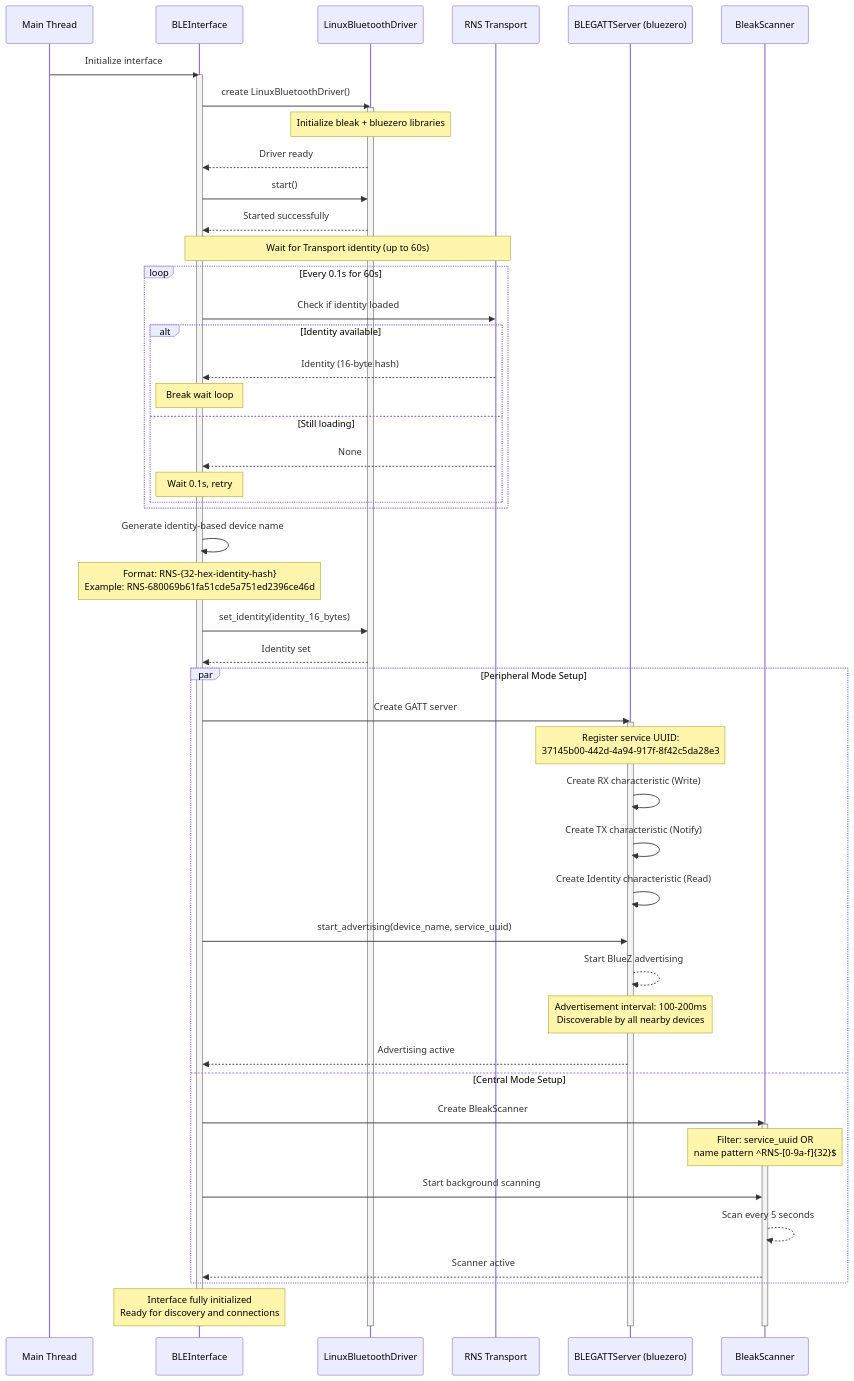
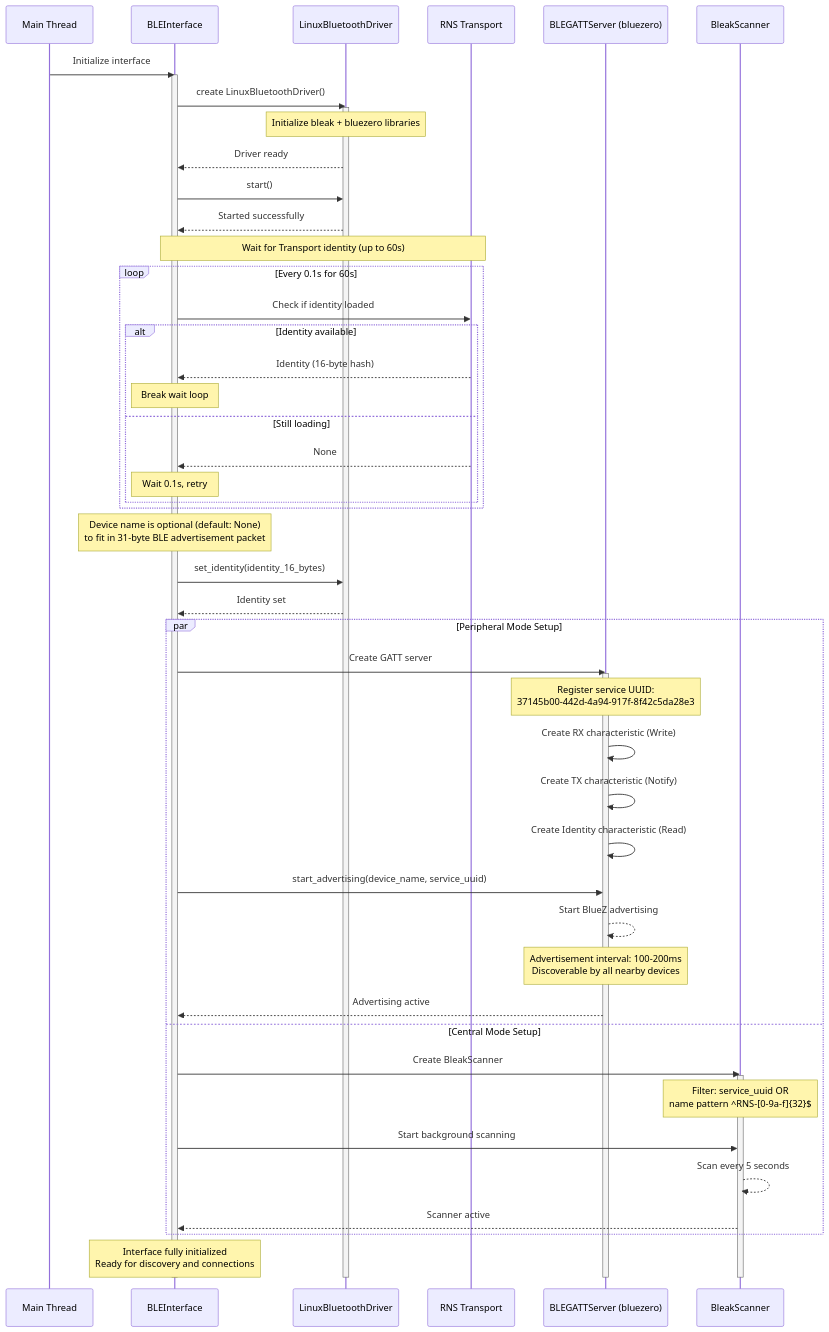
One commit to torlando-tech/ble-reticulum changed the first of 5 diagrams in BLE_PROTOCOL_v2.2.md. Above: the diagram before and after it, drawn with Mermaid. The commit also changed other lines of this file and 4 other files, not shown here.

First line of the commit message:
fix(ble): Remove device name from advertisements to fix packet size limit

````diff
--- a/BLE_PROTOCOL_v2.2.md
+++ b/BLE_PROTOCOL_v2.2.md
@@ -1352,69 +1341,68 @@
 ```mermaid
 sequenceDiagram
     participant Main as Main Thread
     participant BLE as BLEInterface
     participant Driver as LinuxBluetoothDriver
     participant Transport as RNS Transport
     participant GATT as BLEGATTServer (bluezero)
     participant Scanner as BleakScanner
 
     Main->>BLE: Initialize interface
     activate BLE
     BLE->>Driver: create LinuxBluetoothDriver()
     activate Driver
 
     Note over Driver: Initialize bleak + bluezero libraries
     Driver-->>BLE: Driver ready
 
     BLE->>Driver: start()
     Driver-->>BLE: Started successfully
 
     Note over BLE,Transport: Wait for Transport identity (up to 60s)
 
     loop Every 0.1s for 60s
         BLE->>Transport: Check if identity loaded
         alt Identity available
             Transport-->>BLE: Identity (16-byte hash)
             Note over BLE: Break wait loop
         else Still loading
             Transport-->>BLE: None
             Note over BLE: Wait 0.1s, retry
         end
     end
 
-    BLE->>BLE: Generate identity-based device name
-    Note over BLE: Format: RNS-{32-hex-identity-hash}<br/>Example: RNS-680069b61fa51cde5a751ed2396ce46d
+    Note over BLE: Device name is optional (default: None)<br/>to fit in 31-byte BLE advertisement packet
 
     BLE->>Driver: set_identity(identity_16_bytes)
     Driver-->>BLE: Identity set
 
     par Peripheral Mode Setup
         BLE->>GATT: Create GATT server
         activate GATT
         Note over GATT: Register service UUID:<br/>37145b00-442d-4a94-917f-8f42c5da28e3
 
         GATT->>GATT: Create RX characteristic (Write)
         GATT->>GATT: Create TX characteristic (Notify)
         GATT->>GATT: Create Identity characteristic (Read)
 
         BLE->>GATT: start_advertising(device_name, service_uuid)
         GATT-->>GATT: Start BlueZ advertising
         Note over GATT: Advertisement interval: 100-200ms<br/>Discoverable by all nearby devices
         GATT-->>BLE: Advertising active
     and Central Mode Setup
         BLE->>Scanner: Create BleakScanner
         activate Scanner
         Note over Scanner: Filter: service_uuid OR<br/>name pattern ^RNS-[0-9a-f]{32}$
 
         BLE->>Scanner: Start background scanning
         Scanner-->>Scanner: Scan every 5 seconds
         Scanner-->>BLE: Scanner active
     end
 
     Note over BLE: Interface fully initialized<br/>Ready for discovery and connections
 
     deactivate GATT
     deactivate Scanner
     deactivate Driver
     deactivate BLE
 ```
````
